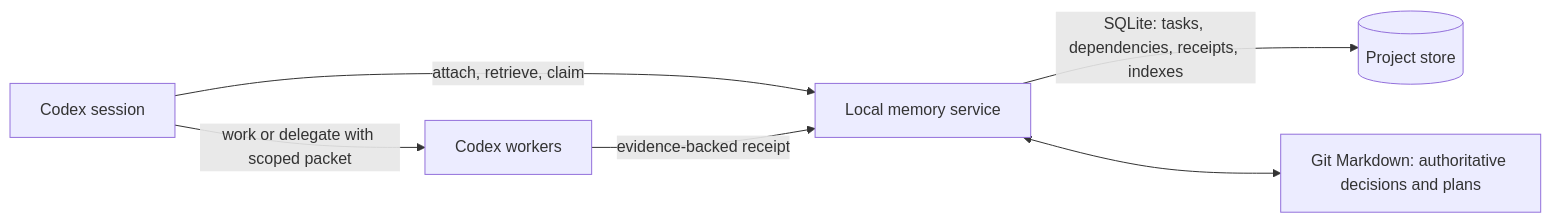
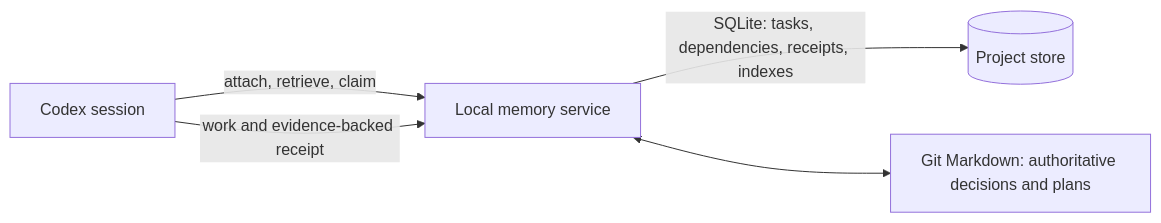
Before and after one commit to contraliz/agentmem: the second of 2 diagrams in RESEARCH-PLAN.md, drawn with Mermaid. The commit also changed other lines of this file and 10 other files, not shown here.

````diff
--- a/RESEARCH-PLAN.md
+++ b/RESEARCH-PLAN.md
@@ -111,8 +112,7 @@
 ```mermaid
 flowchart LR
   C[Codex session] -->|attach, retrieve, claim| M[Local memory service]
   M -->|SQLite: tasks, dependencies, receipts, indexes| DB[(Project store)]
   M <--> F[Git Markdown: authoritative decisions and plans]
-  C -->|work or delegate with scoped packet| W[Codex workers]
-  W -->|evidence-backed receipt| M
+  C -->|work and evidence-backed receipt| M
 ```
````
